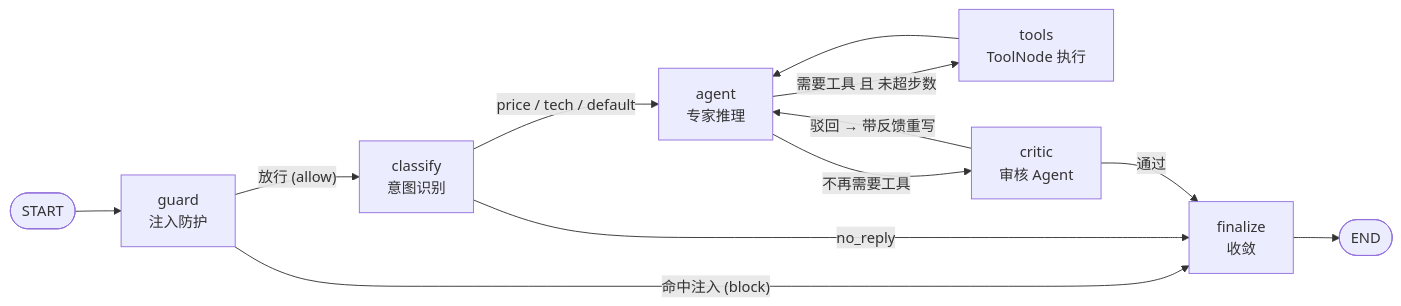
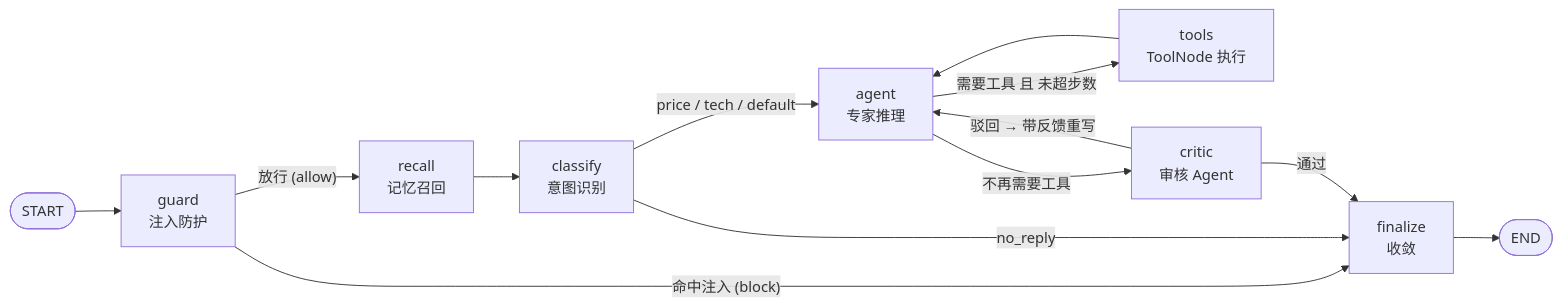
The second of 3 diagrams in docs/ARCHITECTURE.md (Xiao-Snake123/KoiAgent), drawn with Mermaid before and after one commit. The commit also changed other lines of this file and 33 other files, not shown here.

````diff
--- a/docs/ARCHITECTURE.md
+++ b/docs/ARCHITECTURE.md
@@ -132,14 +132,15 @@
 ```mermaid
 flowchart LR
     START([START]) --> G["guard<br/>注入防护"]
     G -->|"命中注入 (block)"| F["finalize<br/>收敛"]
-    G -->|"放行 (allow)"| C["classify<br/>意图识别"]
+    G -->|"放行 (allow)"| R["recall<br/>记忆召回"]
+    R --> C["classify<br/>意图识别"]
     C -->|"no_reply"| F
     C -->|"price / tech / default"| A["agent<br/>专家推理"]
     A -->|"需要工具 且 未超步数"| T["tools<br/>ToolNode 执行"]
     T --> A
     A -->|"不再需要工具"| K["critic<br/>审核 Agent"]
     K -->|"驳回 → 带反馈重写"| A
     K -->|"通过"| F
     F --> E([END])
 ```
````
